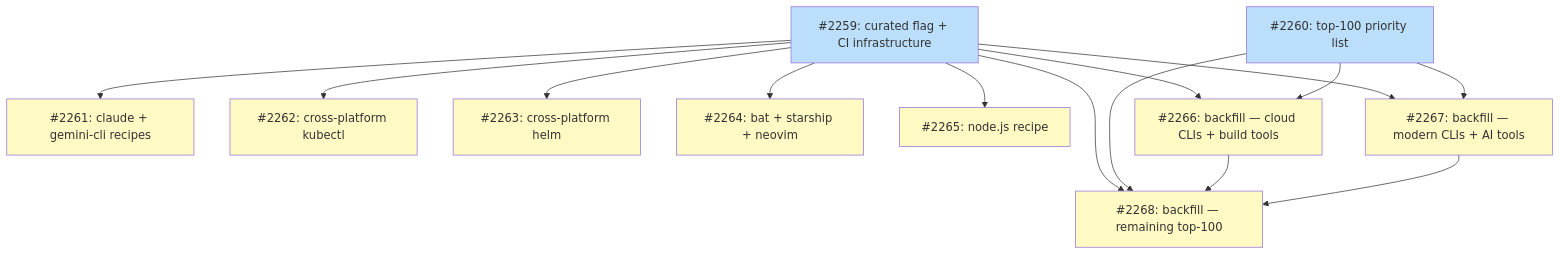
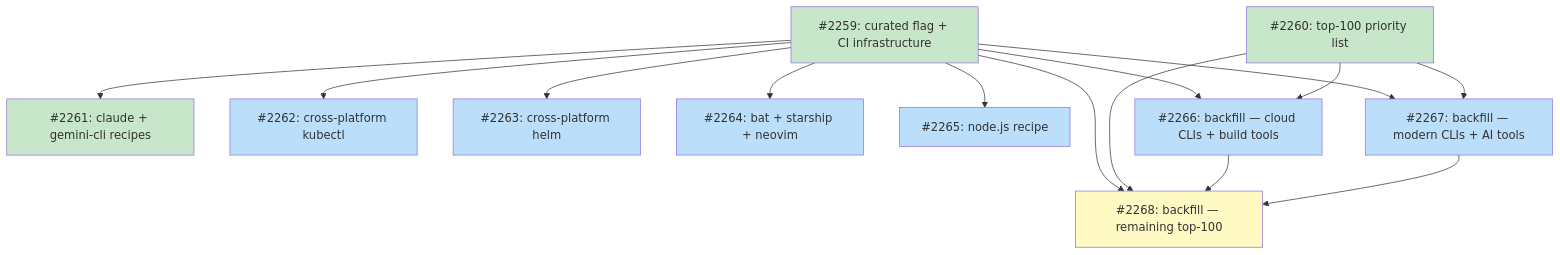
The diagram in docs/plans/PLAN-curated-recipes.md (tsukumogami/tsuku), drawn with Mermaid before and after one commit. The commit also changed 1 other file, not shown here.

Commit message:
fix(docs): update diagram classes to reflect issues closed by PR #2258
Mark I2259, I2260, and I2261 as done (closed by this PR). Issues I2262-I2267
are now unblocked (their only dependency I2259 is done) so mark as ready.
I2268 still blocked by I2266 and I2267. Add required legend line (MM14).

````diff
--- a/docs/plans/PLAN-curated-recipes.md
+++ b/docs/plans/PLAN-curated-recipes.md
@@ -51,40 +51,41 @@
 ```mermaid
 graph TD
     I2259["#2259: curated flag + CI infrastructure"]
     I2260["#2260: top-100 priority list"]
     I2261["#2261: claude + gemini-cli recipes"]
     I2262["#2262: cross-platform kubectl"]
     I2263["#2263: cross-platform helm"]
     I2264["#2264: bat + starship + neovim"]
     I2265["#2265: node.js recipe"]
     I2266["#2266: backfill — cloud CLIs + build tools"]
     I2267["#2267: backfill — modern CLIs + AI tools"]
     I2268["#2268: backfill — remaining top-100"]
 
     I2259 --> I2261
     I2259 --> I2262
     I2259 --> I2263
     I2259 --> I2264
     I2259 --> I2265
     I2259 --> I2266
     I2259 --> I2267
     I2259 --> I2268
     I2260 --> I2266
     I2260 --> I2267
     I2260 --> I2268
     I2266 --> I2268
     I2267 --> I2268
 
     classDef done fill:#c8e6c9
     classDef ready fill:#bbdefb
     classDef blocked fill:#fff9c4
     classDef needsDesign fill:#e1bee7
     classDef needsPrd fill:#b3e5fc
     classDef needsSpike fill:#ffcdd2
     classDef needsDecision fill:#d1c4e9
     classDef tracksDesign fill:#FFE0B2,stroke:#F57C00,color:#000
     classDef tracksPlan fill:#FFE0B2,stroke:#F57C00,color:#000
 
-    class I2259,I2260 ready
-    class I2261,I2262,I2263,I2264,I2265,I2266,I2267,I2268 blocked
+    class I2259,I2260,I2261 done
+    class I2262,I2263,I2264,I2265,I2266,I2267 ready
+    class I2268 blocked
 ```
````
